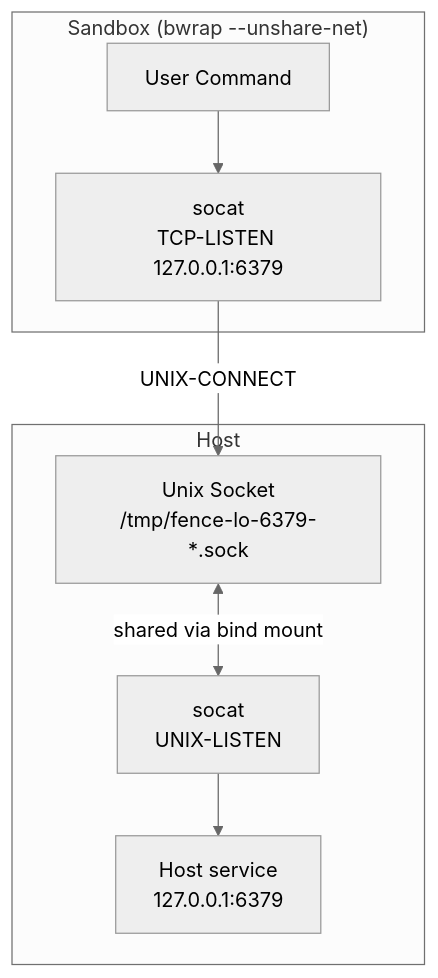
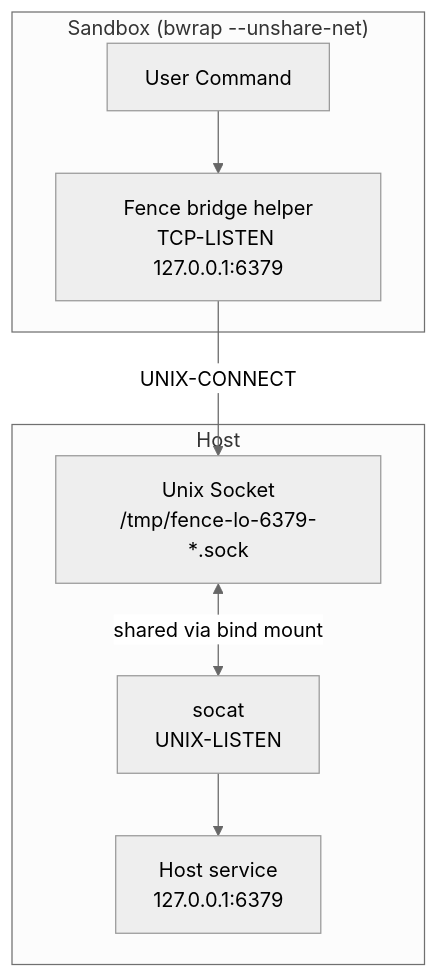
The fifth of 6 diagrams in ARCHITECTURE.md (Use-Tusk/fence), drawn with Mermaid (neutral theme) before and after one commit. The commit also changed other lines of this file and 32 other files, not shown here.

````diff
--- a/ARCHITECTURE.md
+++ b/ARCHITECTURE.md
@@ -414,18 +430,18 @@
 ```mermaid
 flowchart TB
     subgraph Host
         SVC["Host service<br/>127.0.0.1:6379"]
         HSOCAT["socat<br/>UNIX-LISTEN"]
         USOCK["Unix Socket<br/>/tmp/fence-lo-6379-*.sock"]
     end
 
     subgraph Sandbox ["Sandbox (bwrap --unshare-net)"]
-        ISOCAT["socat<br/>TCP-LISTEN 127.0.0.1:6379"]
+        BRIDGE["Fence bridge helper<br/>TCP-LISTEN 127.0.0.1:6379"]
         APP["User Command"]
     end
 
-    APP --> ISOCAT
-    ISOCAT -->|UNIX-CONNECT| USOCK
+    APP --> BRIDGE
+    BRIDGE -->|UNIX-CONNECT| USOCK
     USOCK <-->|shared via bind mount| HSOCAT
     HSOCAT --> SVC
 ```
````
